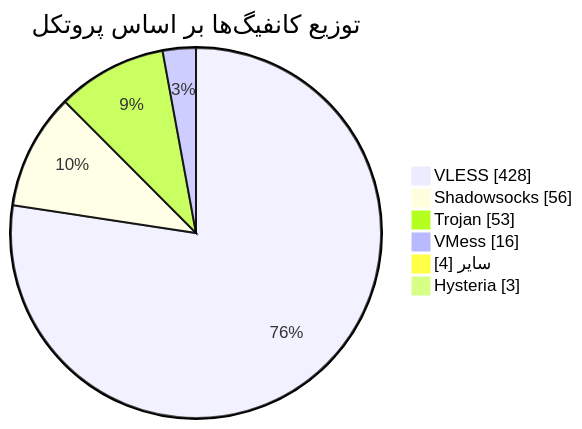
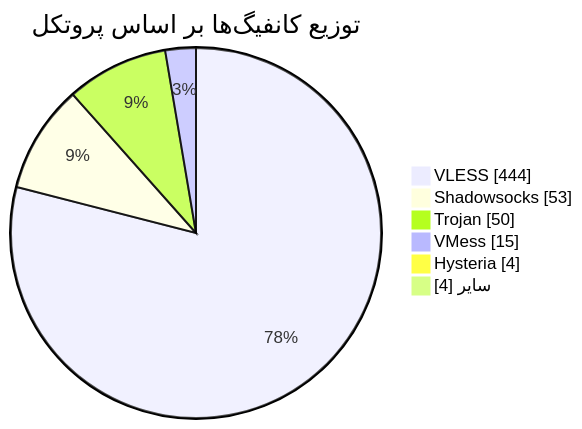
The diagram in README.md (Arian-Alijani/Somthing), drawn with Mermaid before and after one commit. The commit also changed other lines of this file and 17 other files, not shown here.

````diff
--- a/README.md
+++ b/README.md
@@ -48,10 +48,10 @@
 ```mermaid
 pie showData
     title توزیع کانفیگ‌ها بر اساس پروتکل
-    "VLESS" : 428
-    "Shadowsocks" : 56
-    "Trojan" : 53
-    "VMess" : 16
+    "VLESS" : 444
+    "Shadowsocks" : 53
+    "Trojan" : 50
+    "VMess" : 15
+    "Hysteria" : 4
     "سایر" : 4
-    "Hysteria" : 3
 ```
````
